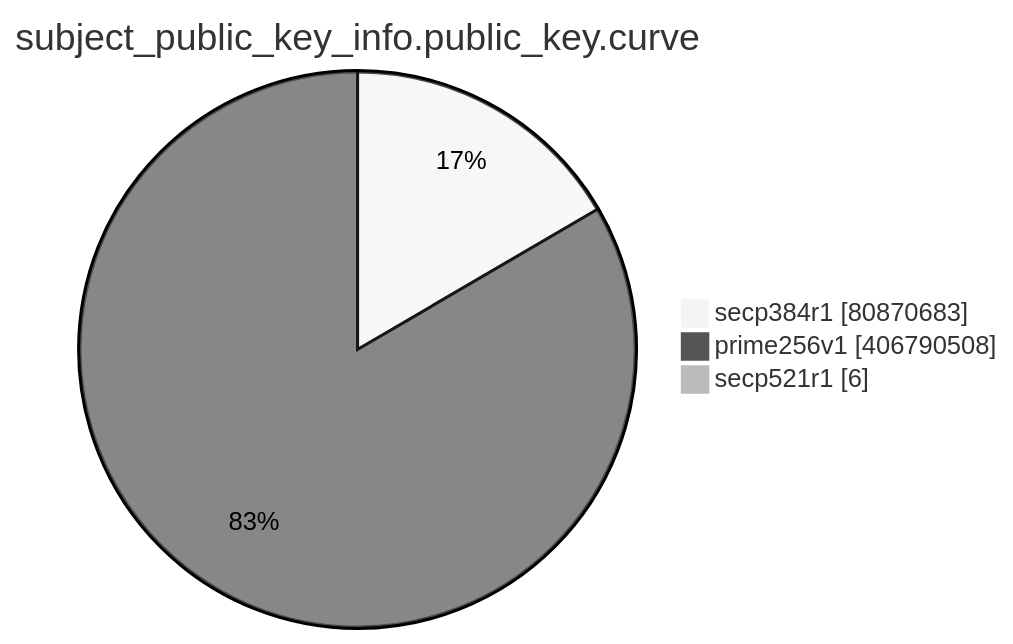
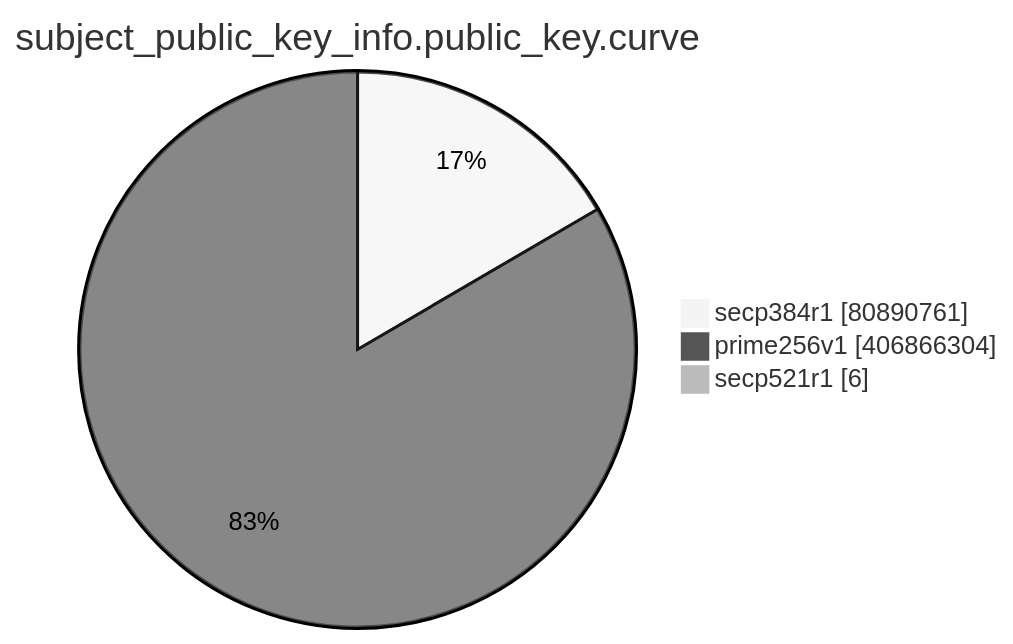
The eighth of 15 diagrams in TOTAL/README.md (christiankrug/ctmonitor_visualization), drawn with Mermaid (neutral theme) before and after one commit. The commit also changed other lines of this file, not shown here.

````diff
--- a/TOTAL/README.md
+++ b/TOTAL/README.md
@@ -3096,7 +3096,7 @@
 ```mermaid
 pie showData
 title subject_public_key_info.public_key.curve
-"secp384r1" :80870683
-"prime256v1" :406790508
+"secp384r1" :80890761
+"prime256v1" :406866304
 "secp521r1" :6
 ```
````
